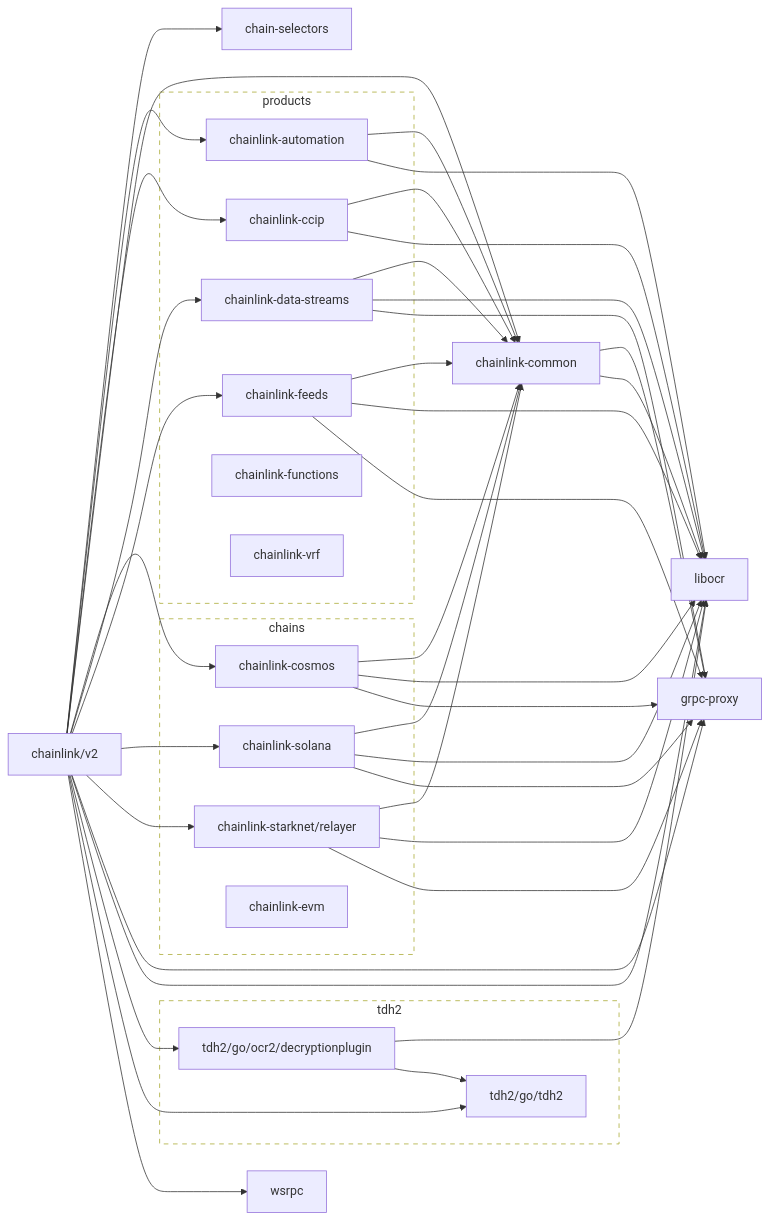
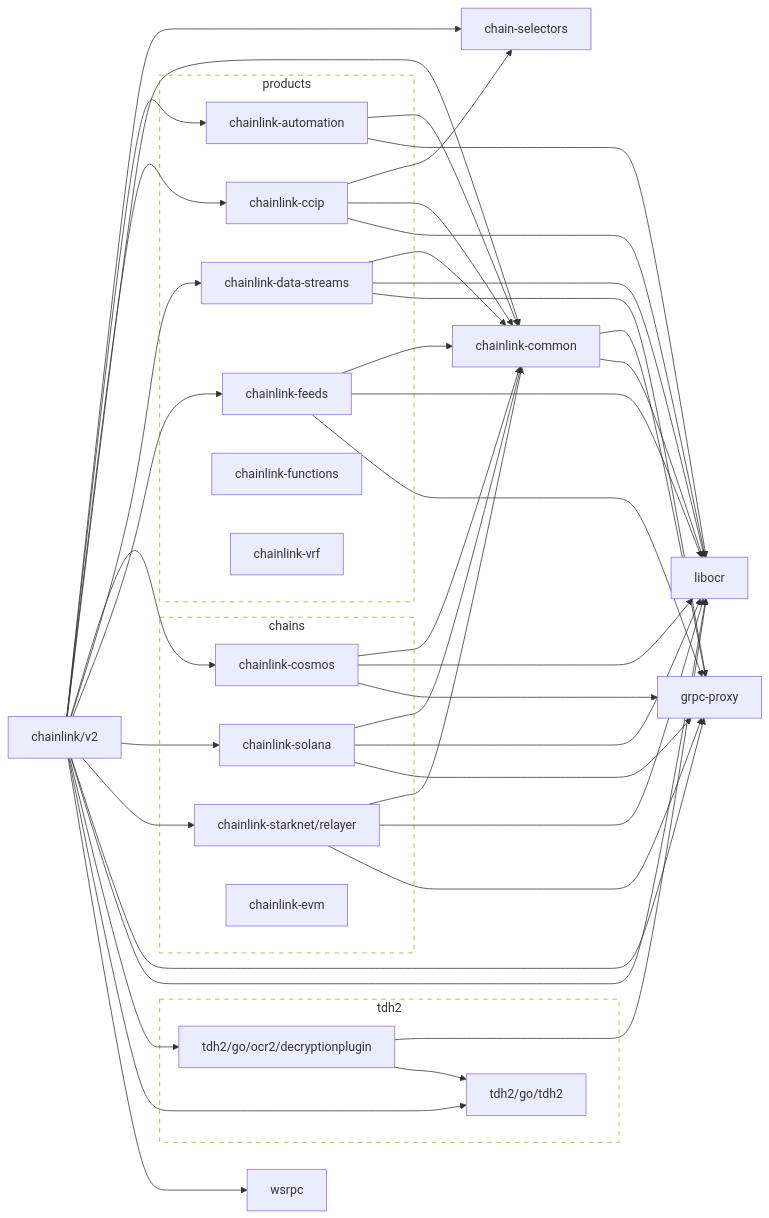
One commit to smartcontractkit/chainlink changed the diagram in go.md. Above: the diagram before and after it, drawn with Mermaid.

Commit message:
run generate

````diff
--- a/go.md
+++ b/go.md
@@ -2,78 +2,79 @@
 ```mermaid
 flowchart LR
   subgraph chains
     chainlink-cosmos
     chainlink-solana
     chainlink-starknet/relayer
     chainlink-evm
   end
 
   subgraph products
     chainlink-automation
     chainlink-ccip
     chainlink-data-streams
     chainlink-feeds
     chainlink-functions
     chainlink-vrf
   end
 
   subgraph tdh2
     tdh2/go/tdh2
     tdh2/go/ocr2/decryptionplugin
   end
 
   classDef outline stroke-dasharray:6,fill:none;
   class chains,products,tdh2 outline
 
   chainlink/v2 --> chain-selectors
   click chain-selectors href "https://github.com/smartcontractkit/chain-selectors"
   chainlink/v2 --> chainlink-automation
   click chainlink-automation href "https://github.com/smartcontractkit/chainlink-automation"
   chainlink/v2 --> chainlink-ccip
   click chainlink-ccip href "https://github.com/smartcontractkit/chainlink-ccip"
   chainlink/v2 --> chainlink-common
   click chainlink-common href "https://github.com/smartcontractkit/chainlink-common"
   chainlink/v2 --> chainlink-cosmos
   click chainlink-cosmos href "https://github.com/smartcontractkit/chainlink-cosmos"
   chainlink/v2 --> chainlink-data-streams
   click chainlink-data-streams href "https://github.com/smartcontractkit/chainlink-data-streams"
   chainlink/v2 --> chainlink-feeds
   click chainlink-feeds href "https://github.com/smartcontractkit/chainlink-feeds"
   chainlink/v2 --> chainlink-solana
   click chainlink-solana href "https://github.com/smartcontractkit/chainlink-solana"
   chainlink/v2 --> chainlink-starknet/relayer
   click chainlink-starknet/relayer href "https://github.com/smartcontractkit/chainlink-starknet"
   chainlink/v2 --> grpc-proxy
   click grpc-proxy href "https://github.com/smartcontractkit/grpc-proxy"
   chainlink/v2 --> libocr
   click libocr href "https://github.com/smartcontractkit/libocr"
   chainlink/v2 --> tdh2/go/ocr2/decryptionplugin
   click tdh2/go/ocr2/decryptionplugin href "https://github.com/smartcontractkit/tdh2"
   chainlink/v2 --> tdh2/go/tdh2
   click tdh2/go/tdh2 href "https://github.com/smartcontractkit/tdh2"
   chainlink/v2 --> wsrpc
   click wsrpc href "https://github.com/smartcontractkit/wsrpc"
   chainlink-automation --> chainlink-common
   chainlink-automation --> libocr
+  chainlink-ccip --> chain-selectors
   chainlink-ccip --> chainlink-common
   chainlink-ccip --> libocr
   chainlink-common --> grpc-proxy
   chainlink-common --> libocr
   chainlink-cosmos --> chainlink-common
   chainlink-cosmos --> libocr
   chainlink-cosmos --> grpc-proxy
   chainlink-data-streams --> chainlink-common
   chainlink-data-streams --> libocr
   chainlink-data-streams --> grpc-proxy
   chainlink-feeds --> chainlink-common
   chainlink-feeds --> libocr
   chainlink-feeds --> grpc-proxy
   chainlink-solana --> chainlink-common
   chainlink-solana --> libocr
   chainlink-solana --> grpc-proxy
   chainlink-starknet/relayer --> chainlink-common
   chainlink-starknet/relayer --> libocr
   chainlink-starknet/relayer --> grpc-proxy
   tdh2/go/ocr2/decryptionplugin --> libocr
   tdh2/go/ocr2/decryptionplugin --> tdh2/go/tdh2
 ```
````
